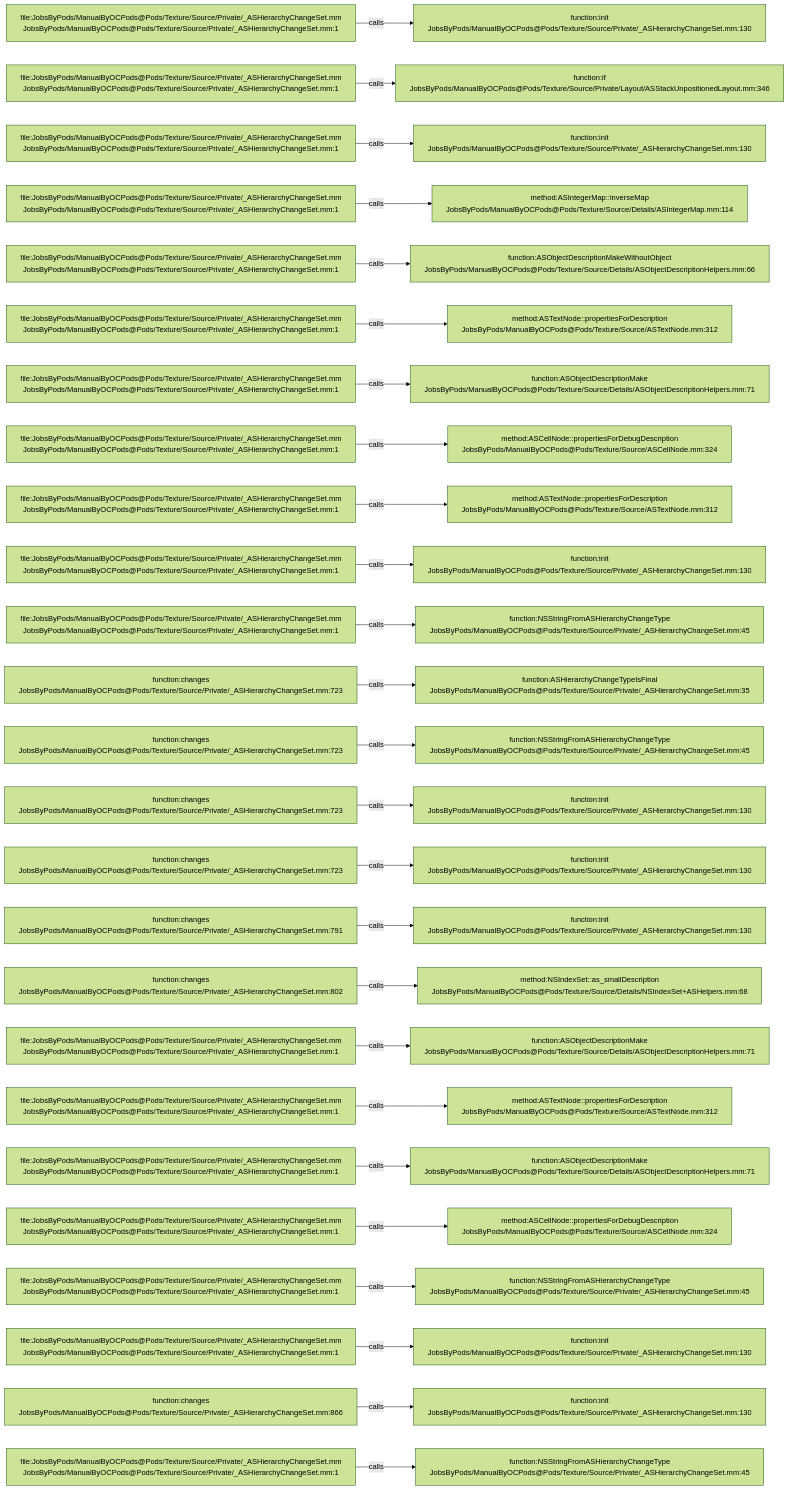
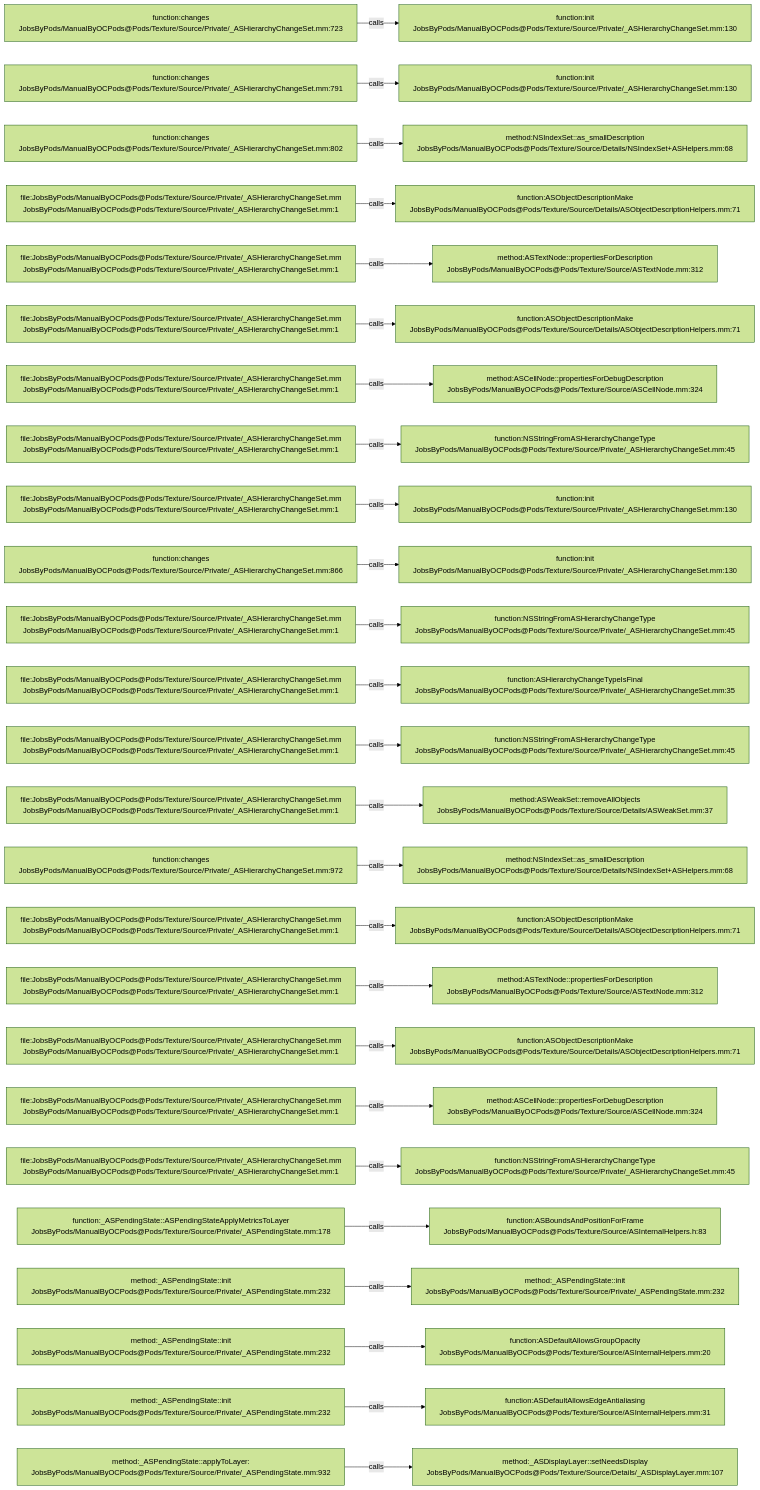
One commit to JobsKits/JobsOCBaseConfigDemo changed the diagram in .codegraph/codegraph.md/graphs/calls-200.md. Above: the diagram before and after it, drawn with Mermaid (forest theme). The commit also changed 296 other files, not shown here.

````diff
--- a/.codegraph/codegraph.md/graphs/calls-200.md
+++ b/.codegraph/codegraph.md/graphs/calls-200.md
@@ -13,78 +13,78 @@
 ```mermaid
 flowchart LR
-  S1["file:JobsByPods/ManualByOCPods@Pods/Texture/Source/Private/_ASHierarchyChangeSet.mm<br/>JobsByPods/ManualByOCPods@Pods/Texture/Source/Private/_ASHierarchyChangeSet.mm:1"]
+  S1["function:changes<br/>JobsByPods/ManualByOCPods@Pods/Texture/Source/Private/_ASHierarchyChangeSet.mm:723"]
   T1["function:init<br/>JobsByPods/ManualByOCPods@Pods/Texture/Source/Private/_ASHierarchyChangeSet.mm:130"]
   S1 -->|calls| T1
-  S2["file:JobsByPods/ManualByOCPods@Pods/Texture/Source/Private/_ASHierarchyChangeSet.mm<br/>JobsByPods/ManualByOCPods@Pods/Texture/Source/Private/_ASHierarchyChangeSet.mm:1"]
-  T2["function:if<br/>JobsByPods/ManualByOCPods@Pods/Texture/Source/Private/Layout/ASStackUnpositionedLayout.mm:346"]
+  S2["function:changes<br/>JobsByPods/ManualByOCPods@Pods/Texture/Source/Private/_ASHierarchyChangeSet.mm:791"]
+  T2["function:init<br/>JobsByPods/ManualByOCPods@Pods/Texture/Source/Private/_ASHierarchyChangeSet.mm:130"]
   S2 -->|calls| T2
-  S3["file:JobsByPods/ManualByOCPods@Pods/Texture/Source/Private/_ASHierarchyChangeSet.mm<br/>JobsByPods/ManualByOCPods@Pods/Texture/Source/Private/_ASHierarchyChangeSet.mm:1"]
-  T3["function:init<br/>JobsByPods/ManualByOCPods@Pods/Texture/Source/Private/_ASHierarchyChangeSet.mm:130"]
+  S3["function:changes<br/>JobsByPods/ManualByOCPods@Pods/Texture/Source/Private/_ASHierarchyChangeSet.mm:802"]
+  T3["method:NSIndexSet::as_smallDescription<br/>JobsByPods/ManualByOCPods@Pods/Texture/Source/Details/NSIndexSet+ASHelpers.mm:68"]
   S3 -->|calls| T3
   S4["file:JobsByPods/ManualByOCPods@Pods/Texture/Source/Private/_ASHierarchyChangeSet.mm<br/>JobsByPods/ManualByOCPods@Pods/Texture/Source/Private/_ASHierarchyChangeSet.mm:1"]
-  T4["method:ASIntegerMap::inverseMap<br/>JobsByPods/ManualByOCPods@Pods/Texture/Source/Details/ASIntegerMap.mm:114"]
+  T4["function:ASObjectDescriptionMake<br/>JobsByPods/ManualByOCPods@Pods/Texture/Source/Details/ASObjectDescriptionHelpers.mm:71"]
   S4 -->|calls| T4
   S5["file:JobsByPods/ManualByOCPods@Pods/Texture/Source/Private/_ASHierarchyChangeSet.mm<br/>JobsByPods/ManualByOCPods@Pods/Texture/Source/Private/_ASHierarchyChangeSet.mm:1"]
-  T5["function:ASObjectDescriptionMakeWithoutObject<br/>JobsByPods/ManualByOCPods@Pods/Texture/Source/Details/ASObjectDescriptionHelpers.mm:66"]
+  T5["method:ASTextNode::propertiesForDescription<br/>JobsByPods/ManualByOCPods@Pods/Texture/Source/ASTextNode.mm:312"]
   S5 -->|calls| T5
   S6["file:JobsByPods/ManualByOCPods@Pods/Texture/Source/Private/_ASHierarchyChangeSet.mm<br/>JobsByPods/ManualByOCPods@Pods/Texture/Source/Private/_ASHierarchyChangeSet.mm:1"]
-  T6["method:ASTextNode::propertiesForDescription<br/>JobsByPods/ManualByOCPods@Pods/Texture/Source/ASTextNode.mm:312"]
+  T6["function:ASObjectDescriptionMake<br/>JobsByPods/ManualByOCPods@Pods/Texture/Source/Details/ASObjectDescriptionHelpers.mm:71"]
   S6 -->|calls| T6
   S7["file:JobsByPods/ManualByOCPods@Pods/Texture/Source/Private/_ASHierarchyChangeSet.mm<br/>JobsByPods/ManualByOCPods@Pods/Texture/Source/Private/_ASHierarchyChangeSet.mm:1"]
-  T7["function:ASObjectDescriptionMake<br/>JobsByPods/ManualByOCPods@Pods/Texture/Source/Details/ASObjectDescriptionHelpers.mm:71"]
+  T7["method:ASCellNode::propertiesForDebugDescription<br/>JobsByPods/ManualByOCPods@Pods/Texture/Source/ASCellNode.mm:324"]
   S7 -->|calls| T7
   S8["file:JobsByPods/ManualByOCPods@Pods/Texture/Source/Private/_ASHierarchyChangeSet.mm<br/>JobsByPods/ManualByOCPods@Pods/Texture/Source/Private/_ASHierarchyChangeSet.mm:1"]
-  T8["method:ASCellNode::propertiesForDebugDescription<br/>JobsByPods/ManualByOCPods@Pods/Texture/Source/ASCellNode.mm:324"]
+  T8["function:NSStringFromASHierarchyChangeType<br/>JobsByPods/ManualByOCPods@Pods/Texture/Source/Private/_ASHierarchyChangeSet.mm:45"]
   S8 -->|calls| T8
   S9["file:JobsByPods/ManualByOCPods@Pods/Texture/Source/Private/_ASHierarchyChangeSet.mm<br/>JobsByPods/ManualByOCPods@Pods/Texture/Source/Private/_ASHierarchyChangeSet.mm:1"]
-  T9["method:ASTextNode::propertiesForDescription<br/>JobsByPods/ManualByOCPods@Pods/Texture/Source/ASTextNode.mm:312"]
+  T9["function:init<br/>JobsByPods/ManualByOCPods@Pods/Texture/Source/Private/_ASHierarchyChangeSet.mm:130"]
   S9 -->|calls| T9
-  S10["file:JobsByPods/ManualByOCPods@Pods/Texture/Source/Private/_ASHierarchyChangeSet.mm<br/>JobsByPods/ManualByOCPods@Pods/Texture/Source/Private/_ASHierarchyChangeSet.mm:1"]
+  S10["function:changes<br/>JobsByPods/ManualByOCPods@Pods/Texture/Source/Private/_ASHierarchyChangeSet.mm:866"]
   T10["function:init<br/>JobsByPods/ManualByOCPods@Pods/Texture/Source/Private/_ASHierarchyChangeSet.mm:130"]
   S10 -->|calls| T10
   S11["file:JobsByPods/ManualByOCPods@Pods/Texture/Source/Private/_ASHierarchyChangeSet.mm<br/>JobsByPods/ManualByOCPods@Pods/Texture/Source/Private/_ASHierarchyChangeSet.mm:1"]
   T11["function:NSStringFromASHierarchyChangeType<br/>JobsByPods/ManualByOCPods@Pods/Texture/Source/Private/_ASHierarchyChangeSet.mm:45"]
   S11 -->|calls| T11
-  S12["function:changes<br/>JobsByPods/ManualByOCPods@Pods/Texture/Source/Private/_ASHierarchyChangeSet.mm:723"]
+  S12["file:JobsByPods/ManualByOCPods@Pods/Texture/Source/Private/_ASHierarchyChangeSet.mm<br/>JobsByPods/ManualByOCPods@Pods/Texture/Source/Private/_ASHierarchyChangeSet.mm:1"]
   T12["function:ASHierarchyChangeTypeIsFinal<br/>JobsByPods/ManualByOCPods@Pods/Texture/Source/Private/_ASHierarchyChangeSet.mm:35"]
   S12 -->|calls| T12
-  S13["function:changes<br/>JobsByPods/ManualByOCPods@Pods/Texture/Source/Private/_ASHierarchyChangeSet.mm:723"]
+  S13["file:JobsByPods/ManualByOCPods@Pods/Texture/Source/Private/_ASHierarchyChangeSet.mm<br/>JobsByPods/ManualByOCPods@Pods/Texture/Source/Private/_ASHierarchyChangeSet.mm:1"]
   T13["function:NSStringFromASHierarchyChangeType<br/>JobsByPods/ManualByOCPods@Pods/Texture/Source/Private/_ASHierarchyChangeSet.mm:45"]
   S13 -->|calls| T13
-  S14["function:changes<br/>JobsByPods/ManualByOCPods@Pods/Texture/Source/Private/_ASHierarchyChangeSet.mm:723"]
-  T14["function:init<br/>JobsByPods/ManualByOCPods@Pods/Texture/Source/Private/_ASHierarchyChangeSet.mm:130"]
+  S14["file:JobsByPods/ManualByOCPods@Pods/Texture/Source/Private/_ASHierarchyChangeSet.mm<br/>JobsByPods/ManualByOCPods@Pods/Texture/Source/Private/_ASHierarchyChangeSet.mm:1"]
+  T14["method:ASWeakSet::removeAllObjects<br/>JobsByPods/ManualByOCPods@Pods/Texture/Source/Details/ASWeakSet.mm:37"]
   S14 -->|calls| T14
-  S15["function:changes<br/>JobsByPods/ManualByOCPods@Pods/Texture/Source/Private/_ASHierarchyChangeSet.mm:723"]
-  T15["function:init<br/>JobsByPods/ManualByOCPods@Pods/Texture/Source/Private/_ASHierarchyChangeSet.mm:130"]
+  S15["function:changes<br/>JobsByPods/ManualByOCPods@Pods/Texture/Source/Private/_ASHierarchyChangeSet.mm:972"]
+  T15["method:NSIndexSet::as_smallDescription<br/>JobsByPods/ManualByOCPods@Pods/Texture/Source/Details/NSIndexSet+ASHelpers.mm:68"]
   S15 -->|calls| T15
-  S16["function:changes<br/>JobsByPods/ManualByOCPods@Pods/Texture/Source/Private/_ASHierarchyChangeSet.mm:791"]
-  T16["function:init<br/>JobsByPods/ManualByOCPods@Pods/Texture/Source/Private/_ASHierarchyChangeSet.mm:130"]
+  S16["file:JobsByPods/ManualByOCPods@Pods/Texture/Source/Private/_ASHierarchyChangeSet.mm<br/>JobsByPods/ManualByOCPods@Pods/Texture/Source/Private/_ASHierarchyChangeSet.mm:1"]
+  T16["function:ASObjectDescriptionMake<br/>JobsByPods/ManualByOCPods@Pods/Texture/Source/Details/ASObjectDescriptionHelpers.mm:71"]
   S16 -->|calls| T16
-  S17["function:changes<br/>JobsByPods/ManualByOCPods@Pods/Texture/Source/Private/_ASHierarchyChangeSet.mm:802"]
-  T17["method:NSIndexSet::as_smallDescription<br/>JobsByPods/ManualByOCPods@Pods/Texture/Source/Details/NSIndexSet+ASHelpers.mm:68"]
+  S17["file:JobsByPods/ManualByOCPods@Pods/Texture/Source/Private/_ASHierarchyChangeSet.mm<br/>JobsByPods/ManualByOCPods@Pods/Texture/Source/Private/_ASHierarchyChangeSet.mm:1"]
+  T17["method:ASTextNode::propertiesForDescription<br/>JobsByPods/ManualByOCPods@Pods/Texture/Source/ASTextNode.mm:312"]
   S17 -->|calls| T17
   S18["file:JobsByPods/ManualByOCPods@Pods/Texture/Source/Private/_ASHierarchyChangeSet.mm<br/>JobsByPods/ManualByOCPods@Pods/Texture/Source/Private/_ASHierarchyChangeSet.mm:1"]
   T18["function:ASObjectDescriptionMake<br/>JobsByPods/ManualByOCPods@Pods/Texture/Source/Details/ASObjectDescriptionHelpers.mm:71"]
   S18 -->|calls| T18
   S19["file:JobsByPods/ManualByOCPods@Pods/Texture/Source/Private/_ASHierarchyChangeSet.mm<br/>JobsByPods/ManualByOCPods@Pods/Texture/Source/Private/_ASHierarchyChangeSet.mm:1"]
-  T19["method:ASTextNode::propertiesForDescription<br/>JobsByPods/ManualByOCPods@Pods/Texture/Source/ASTextNode.mm:312"]
+  T19["method:ASCellNode::propertiesForDebugDescription<br/>JobsByPods/ManualByOCPods@Pods/Texture/Source/ASCellNode.mm:324"]
   S19 -->|calls| T19
   S20["file:JobsByPods/ManualByOCPods@Pods/Texture/Source/Private/_ASHierarchyChangeSet.mm<br/>JobsByPods/ManualByOCPods@Pods/Texture/Source/Private/_ASHierarchyChangeSet.mm:1"]
-  T20["function:ASObjectDescriptionMake<br/>JobsByPods/ManualByOCPods@Pods/Texture/Source/Details/ASObjectDescriptionHelpers.mm:71"]
+  T20["function:NSStringFromASHierarchyChangeType<br/>JobsByPods/ManualByOCPods@Pods/Texture/Source/Private/_ASHierarchyChangeSet.mm:45"]
   S20 -->|calls| T20
-  S21["file:JobsByPods/ManualByOCPods@Pods/Texture/Source/Private/_ASHierarchyChangeSet.mm<br/>JobsByPods/ManualByOCPods@Pods/Texture/Source/Private/_ASHierarchyChangeSet.mm:1"]
-  T21["method:ASCellNode::propertiesForDebugDescription<br/>JobsByPods/ManualByOCPods@Pods/Texture/Source/ASCellNode.mm:324"]
+  S21["function:_ASPendingState::ASPendingStateApplyMetricsToLayer<br/>JobsByPods/ManualByOCPods@Pods/Texture/Source/Private/_ASPendingState.mm:178"]
+  T21["function:ASBoundsAndPositionForFrame<br/>JobsByPods/ManualByOCPods@Pods/Texture/Source/ASInternalHelpers.h:83"]
   S21 -->|calls| T21
-  S22["file:JobsByPods/ManualByOCPods@Pods/Texture/Source/Private/_ASHierarchyChangeSet.mm<br/>JobsByPods/ManualByOCPods@Pods/Texture/Source/Private/_ASHierarchyChangeSet.mm:1"]
-  T22["function:NSStringFromASHierarchyChangeType<br/>JobsByPods/ManualByOCPods@Pods/Texture/Source/Private/_ASHierarchyChangeSet.mm:45"]
+  S22["method:_ASPendingState::init<br/>JobsByPods/ManualByOCPods@Pods/Texture/Source/Private/_ASPendingState.mm:232"]
+  T22["method:_ASPendingState::init<br/>JobsByPods/ManualByOCPods@Pods/Texture/Source/Private/_ASPendingState.mm:232"]
   S22 -->|calls| T22
-  S23["file:JobsByPods/ManualByOCPods@Pods/Texture/Source/Private/_ASHierarchyChangeSet.mm<br/>JobsByPods/ManualByOCPods@Pods/Texture/Source/Private/_ASHierarchyChangeSet.mm:1"]
-  T23["function:init<br/>JobsByPods/ManualByOCPods@Pods/Texture/Source/Private/_ASHierarchyChangeSet.mm:130"]
+  S23["method:_ASPendingState::init<br/>JobsByPods/ManualByOCPods@Pods/Texture/Source/Private/_ASPendingState.mm:232"]
+  T23["function:ASDefaultAllowsGroupOpacity<br/>JobsByPods/ManualByOCPods@Pods/Texture/Source/ASInternalHelpers.mm:20"]
   S23 -->|calls| T23
-  S24["function:changes<br/>JobsByPods/ManualByOCPods@Pods/Texture/Source/Private/_ASHierarchyChangeSet.mm:866"]
-  T24["function:init<br/>JobsByPods/ManualByOCPods@Pods/Texture/Source/Private/_ASHierarchyChangeSet.mm:130"]
+  S24["method:_ASPendingState::init<br/>JobsByPods/ManualByOCPods@Pods/Texture/Source/Private/_ASPendingState.mm:232"]
+  T24["function:ASDefaultAllowsEdgeAntialiasing<br/>JobsByPods/ManualByOCPods@Pods/Texture/Source/ASInternalHelpers.mm:31"]
   S24 -->|calls| T24
-  S25["file:JobsByPods/ManualByOCPods@Pods/Texture/Source/Private/_ASHierarchyChangeSet.mm<br/>JobsByPods/ManualByOCPods@Pods/Texture/Source/Private/_ASHierarchyChangeSet.mm:1"]
-  T25["function:NSStringFromASHierarchyChangeType<br/>JobsByPods/ManualByOCPods@Pods/Texture/Source/Private/_ASHierarchyChangeSet.mm:45"]
+  S25["method:_ASPendingState::applyToLayer:<br/>JobsByPods/ManualByOCPods@Pods/Texture/Source/Private/_ASPendingState.mm:932"]
+  T25["method:_ASDisplayLayer::setNeedsDisplay<br/>JobsByPods/ManualByOCPods@Pods/Texture/Source/Details/_ASDisplayLayer.mm:107"]
   S25 -->|calls| T25
 ```
````
